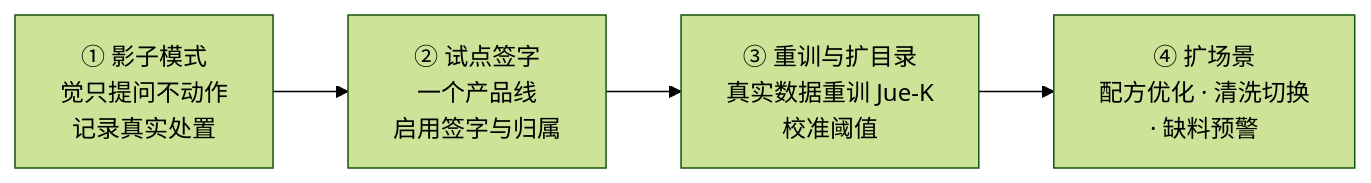
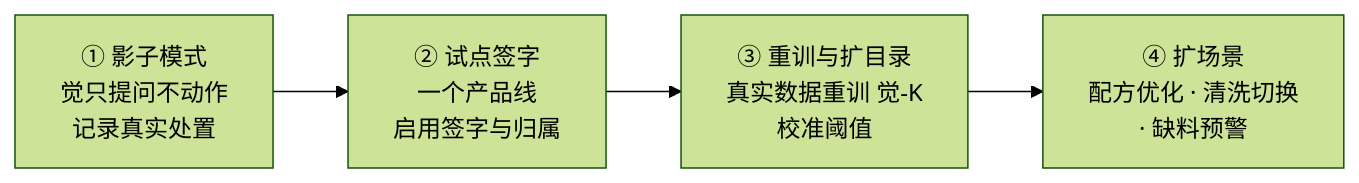
The eighth of 9 diagrams in README.md (Deliaru/Hua-Yan), drawn with Mermaid (forest theme) before and after one commit. The commit also changed other lines of this file, not shown here.

Commit message:
Update README to replace 'Jue-K' with '觉-K'

````diff
--- a/README.md
+++ b/README.md
@@ -530,6 +530,6 @@
 ```mermaid
 flowchart LR
     A["① 影子模式<br/>觉只提问不动作<br/>记录真实处置"] --> B["② 试点签字<br/>一个产品线<br/>启用签字与归属"]
-    B --> C["③ 重训与扩目录<br/>真实数据重训 Jue-K<br/>校准阈值"]
+    B --> C["③ 重训与扩目录<br/>真实数据重训 觉-K<br/>校准阈值"]
     C --> D["④ 扩场景<br/>配方优化 · 清洗切换<br/>· 缺料预警"]
 ```
````
